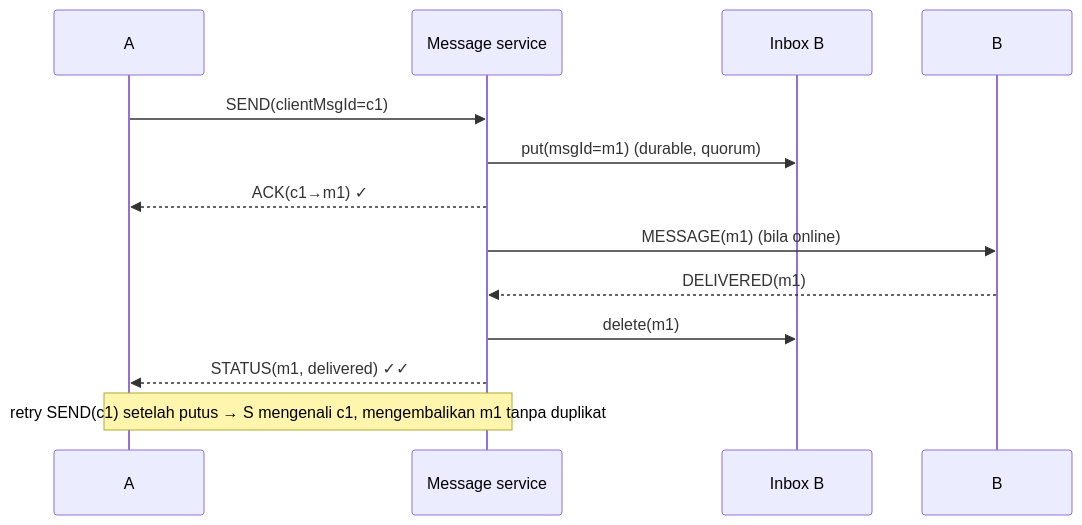
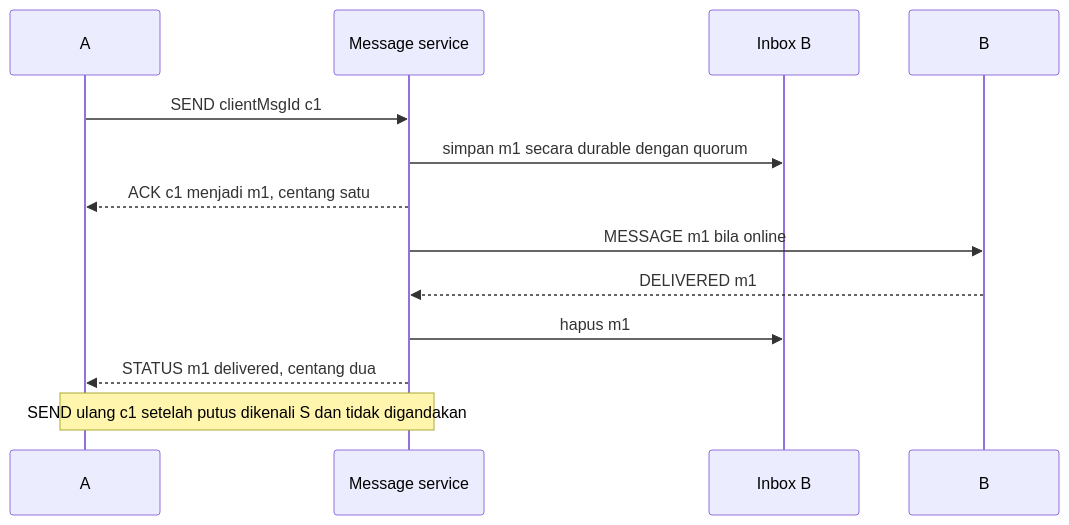
Before and after one commit to andreanpradanaa/sysdesign-lab: the second of 2 diagrams in src/content/lessons/bagian-3/whatsapp.mdx, drawn with Mermaid. The commit also changed other lines of this file and 17 other files, not shown here.

````diff
--- a/src/content/lessons/bagian-3/whatsapp.mdx
+++ b/src/content/lessons/bagian-3/whatsapp.mdx
@@ -190,15 +205,15 @@
 ```mermaid
 sequenceDiagram
   participant A
   participant S as Message service
   participant I as Inbox B
   participant B
-  A->>S: SEND(clientMsgId=c1)
-  S->>I: put(msgId=m1)  (durable, quorum)
-  S-->>A: ACK(c1→m1) ✓
-  S->>B: MESSAGE(m1)  (bila online)
-  B-->>S: DELIVERED(m1)
-  S->>I: delete(m1)
-  S-->>A: STATUS(m1, delivered) ✓✓
-  Note over A,S: retry SEND(c1) setelah putus → S mengenali c1, mengembalikan m1 tanpa duplikat
+  A->>S: SEND clientMsgId c1
+  S->>I: simpan m1 secara durable dengan quorum
+  S-->>A: ACK c1 menjadi m1, centang satu
+  S->>B: MESSAGE m1 bila online
+  B-->>S: DELIVERED m1
+  S->>I: hapus m1
+  S-->>A: STATUS m1 delivered, centang dua
+  Note over A,S: SEND ulang c1 setelah putus dikenali S dan tidak digandakan
 ```
````
